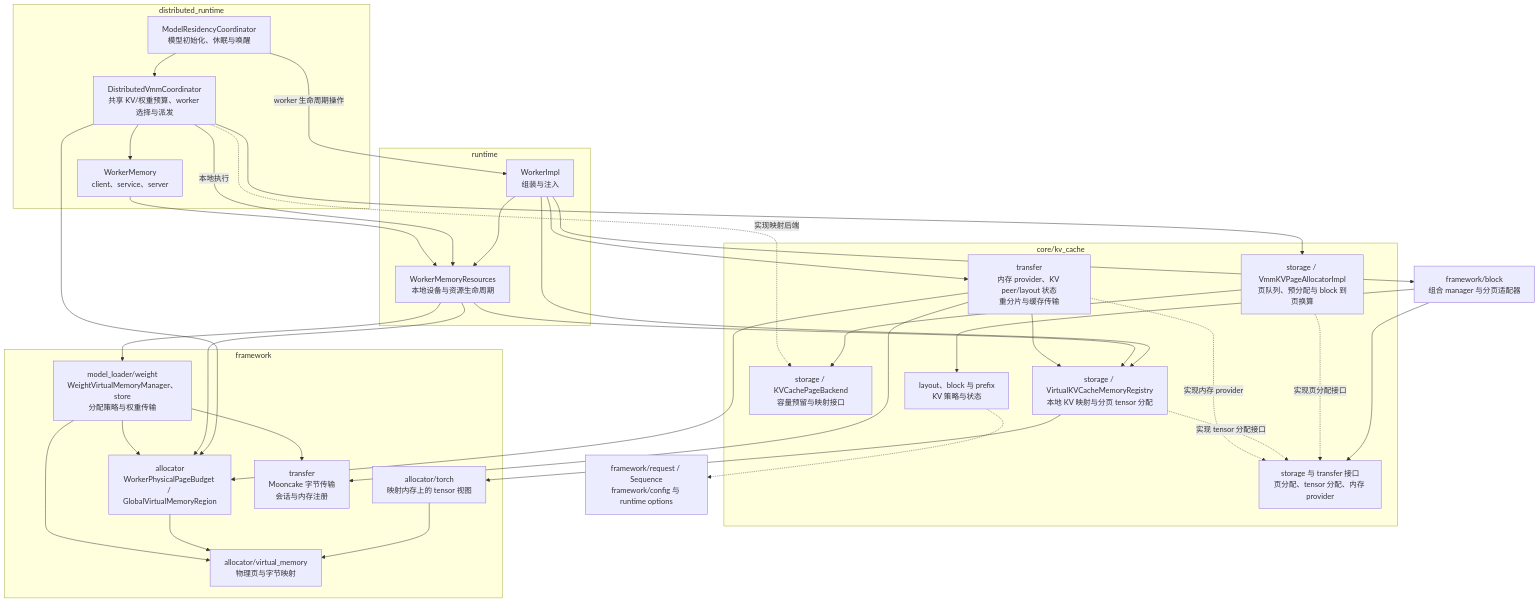
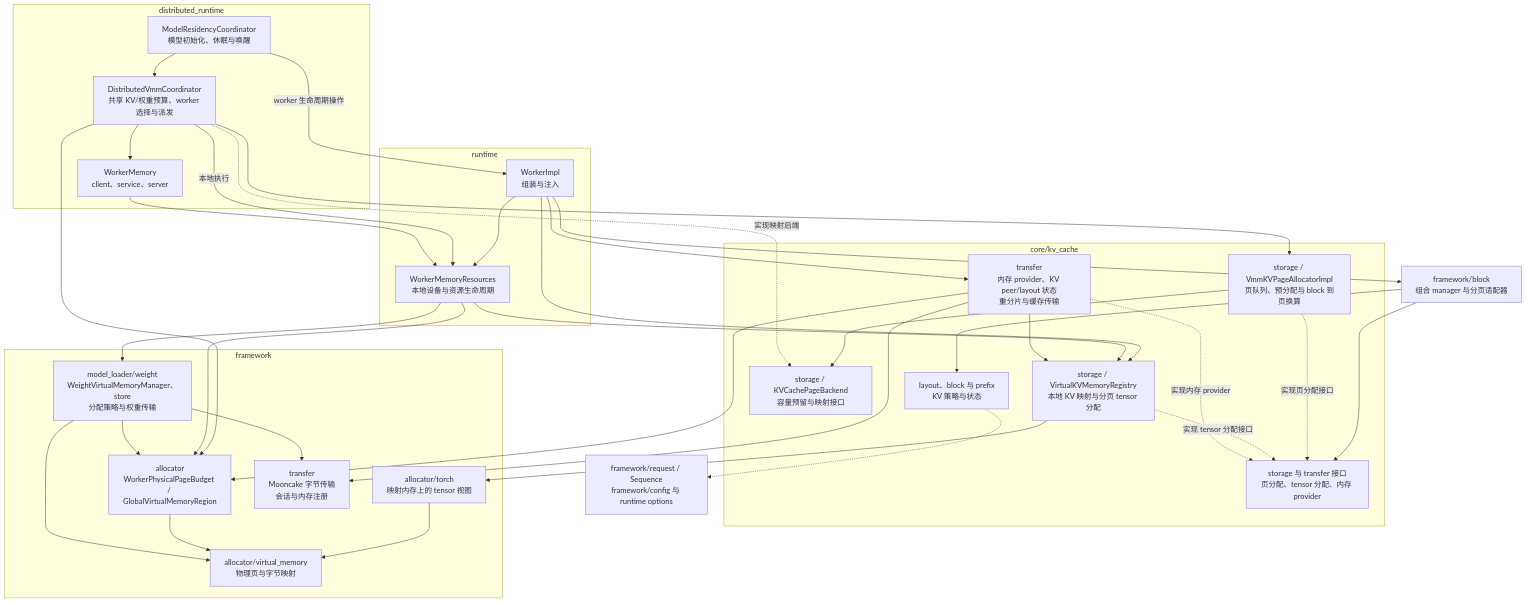
Before and after one commit to xLLM-AI/xllm: the diagram in docs/src/content/docs/zh/dev_guide/code_arch.md, drawn with Mermaid. The commit also changed other lines of this file and 207 other files, not shown here.

````diff
--- a/docs/src/content/docs/zh/dev_guide/code_arch.md
+++ b/docs/src/content/docs/zh/dev_guide/code_arch.md
@@ -113,65 +113,65 @@
 ```mermaid
 flowchart TB
   subgraph runtime["runtime"]
     worker["WorkerImpl<br/>组装与注入"]
     resources["WorkerMemoryResources<br/>本地设备与资源生命周期"]
   end
 
   blocks["framework/block<br/>组合 manager 与分页适配器"]
 
   subgraph distributed["distributed_runtime"]
     residency["ModelResidencyCoordinator<br/>模型初始化、休眠与唤醒"]
     coordination["DistributedVmmCoordinator<br/>共享 KV/权重预算、worker 选择与派发"]
     rpc["WorkerMemory<br/>client、service、server"]
   end
 
   subgraph cache["core/kv_cache"]
     policy["layout、block 与 prefix<br/>KV 策略与状态"]
     pages["storage / VmmKVPageAllocatorImpl<br/>页队列、预分配与 block 到页换算"]
     backend["storage / KVCachePageBackend<br/>容量预留与映射接口"]
     ports["storage 与 transfer 接口<br/>页分配、tensor 分配、内存 provider"]
-    storage["storage / VirtualKVCacheMemoryRegistry<br/>本地 KV 映射与分页 tensor 分配"]
+    storage["storage / VirtualKVMemoryRegistry<br/>本地 KV 映射与分页 tensor 分配"]
     kvtransfer["transfer<br/>内存 provider、KV peer/layout 状态<br/>重分片与缓存传输"]
   end
 
   subgraph framework["framework"]
     weight["model_loader/weight<br/>WeightVirtualMemoryManager、store<br/>分配策略与权重传输"]
     tensor["allocator/torch<br/>映射内存上的 tensor 视图"]
     shared["allocator<br/>WorkerPhysicalPageBudget / GlobalVirtualMemoryRegion"]
     memory["allocator/virtual_memory<br/>物理页与字节映射"]
     transport["transfer<br/>Mooncake 字节传输<br/>会话与内存注册"]
   end
 
   remaining["framework/request / Sequence<br/>framework/config 与 runtime options"]
   worker --> resources
   worker --> blocks
   worker --> storage
   worker --> kvtransfer
   residency --> coordination
   residency -->|worker 生命周期操作| worker
   coordination --> pages
   coordination --> rpc
   coordination -->|本地执行| resources
   coordination --> shared
   rpc --> resources
   resources --> storage
   resources --> weight
   resources --> shared
   blocks --> policy
   blocks --> ports
   pages -.->|实现页分配接口| ports
   pages --> backend
   coordination -.->|实现映射后端| backend
   storage -.->|实现 tensor 分配接口| ports
   kvtransfer -.->|实现内存 provider| ports
   storage --> tensor
   tensor --> memory
   shared --> memory
   weight --> memory
   weight --> shared
   weight --> transport
   kvtransfer --> storage
   kvtransfer --> shared
   kvtransfer --> transport
   policy -.-> remaining
 ```
````
